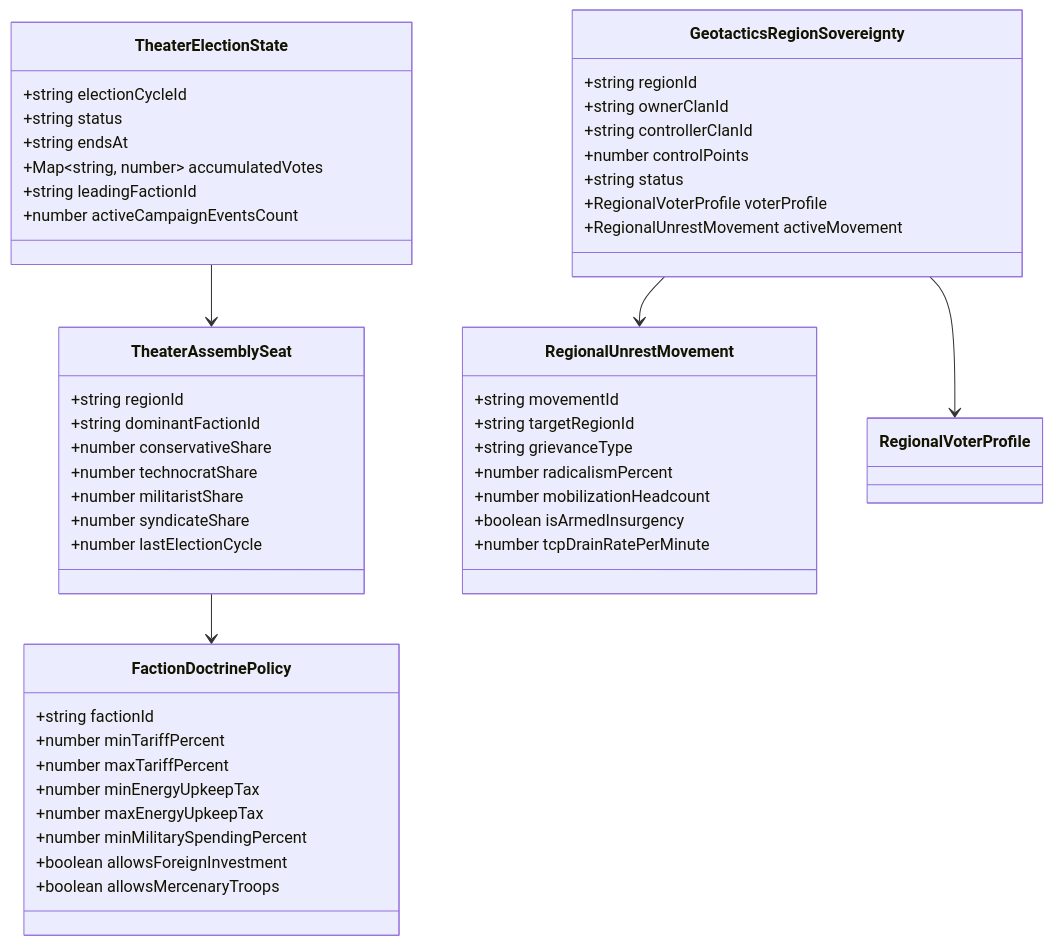
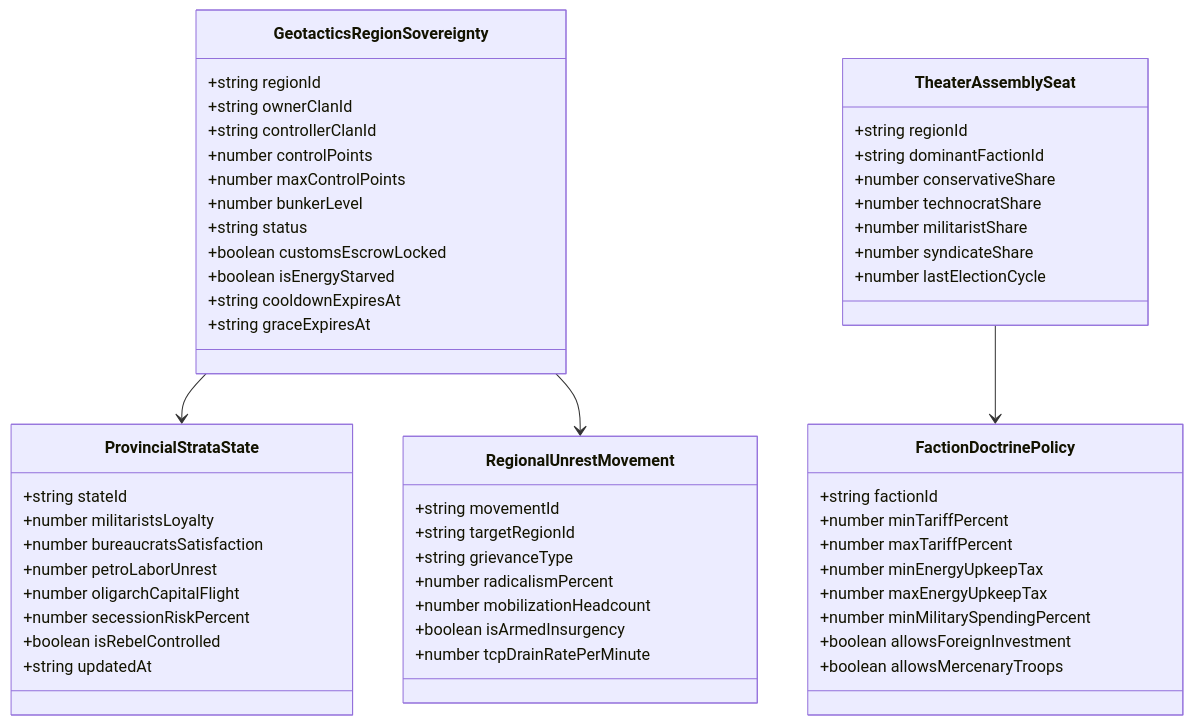
The third of 4 diagrams in docs/PROPUESTA_INTEGRACION_SISTEMA_POLITICO_PROJECT_ALICE.md (davikisea/GEOTACTICS-ONLINE), drawn with Mermaid before and after one commit. The commit also changed other lines of this file and 352 other files, not shown here.

Commit message:
feat(architecture): migración modular a 4 dominios (@domains/*), consolidación de base de datos y sincronización de suites deterministas

````diff
--- a/docs/PROPUESTA_INTEGRACION_SISTEMA_POLITICO_PROJECT_ALICE.md
+++ b/docs/PROPUESTA_INTEGRACION_SISTEMA_POLITICO_PROJECT_ALICE.md
@@ -144,57 +161,62 @@
 ```mermaid
 classDiagram
     class GeotacticsRegionSovereignty {
         +string regionId
         +string ownerClanId
         +string controllerClanId
         +number controlPoints
+        +number maxControlPoints
+        +number bunkerLevel
         +string status
-        +RegionalVoterProfile voterProfile
-        +RegionalUnrestMovement activeMovement
+        +boolean customsEscrowLocked
+        +boolean isEnergyStarved
+        +string cooldownExpiresAt
+        +string graceExpiresAt
+    }
+
+    class ProvincialStrataState {
+        +string stateId
+        +number militaristsLoyalty
+        +number bureaucratsSatisfaction
+        +number petroLaborUnrest
+        +number oligarchCapitalFlight
+        +number secessionRiskPercent
+        +boolean isRebelControlled
+        +string updatedAt
     }
 
     class TheaterAssemblySeat {
         +string regionId
         +string dominantFactionId
         +number conservativeShare
         +number technocratShare
         +number militaristShare
         +number syndicateShare
         +number lastElectionCycle
     }
 
     class FactionDoctrinePolicy {
         +string factionId
         +number minTariffPercent
         +number maxTariffPercent
         +number minEnergyUpkeepTax
         +number maxEnergyUpkeepTax
         +number minMilitarySpendingPercent
         +boolean allowsForeignInvestment
         +boolean allowsMercenaryTroops
     }
 
-    class TheaterElectionState {
-        +string electionCycleId
-        +string status
-        +string endsAt
-        +Map~string, number~ accumulatedVotes
-        +string leadingFactionId
-        +number activeCampaignEventsCount
-    }
-
     class RegionalUnrestMovement {
         +string movementId
         +string targetRegionId
         +string grievanceType
         +number radicalismPercent
         +number mobilizationHeadcount
         +boolean isArmedInsurgency
         +number tcpDrainRatePerMinute
     }
 
-    GeotacticsRegionSovereignty --> RegionalVoterProfile
+    GeotacticsRegionSovereignty --> ProvincialStrataState
     GeotacticsRegionSovereignty --> RegionalUnrestMovement
     TheaterAssemblySeat --> FactionDoctrinePolicy
-    TheaterElectionState --> TheaterAssemblySeat
 ```
````
